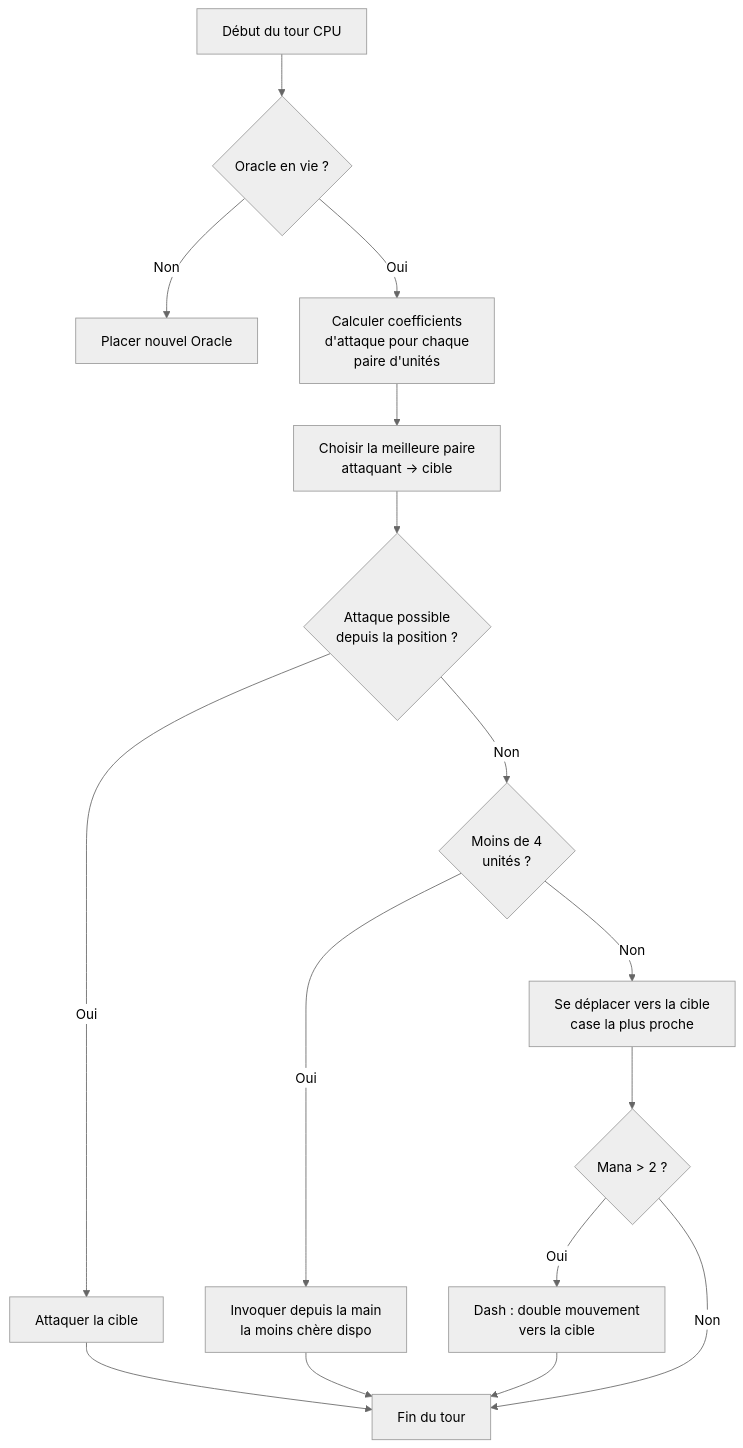
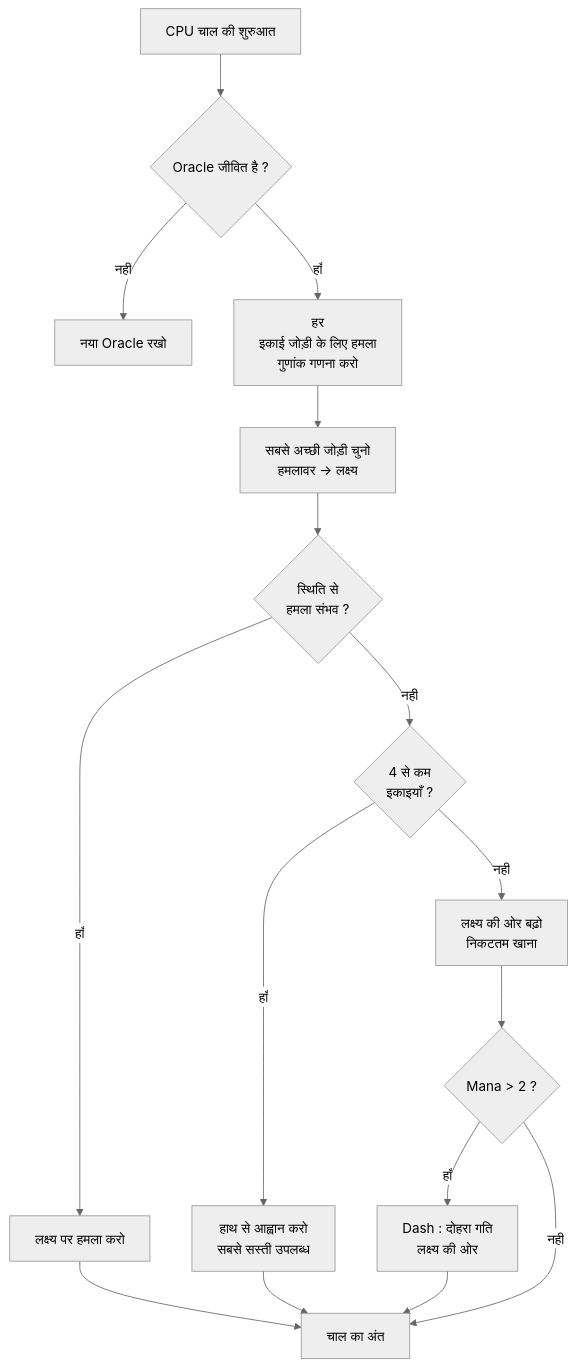
The diagram in public/articles/hi/nausicaa-ai.md (fox3000foxy/fox3000foxy.github.io), drawn with Mermaid (neutral theme) before and after one commit. The commit also changed other lines of this file and 576 other files, not shown here.

````diff
--- a/public/articles/hi/nausicaa-ai.md
+++ b/public/articles/hi/nausicaa-ai.md
@@ -140,18 +139,18 @@
 ```mermaid
 flowchart TD
-    A[Début du tour CPU] --> B{Oracle en vie ?}
-    B -->|Non| C[Placer nouvel Oracle]
-    B -->|Oui| D[Calculer coefficients\nd'attaque pour chaque\npaire d'unités]
-    D --> E[Choisir la meilleure paire\nattaquant → cible]
-    E --> F{Attaque possible\ndepuis la position ?}
-    F -->|Oui| G[Attaquer la cible]
-    F -->|Non| H{Moins de 4\nunités ?}
-    H -->|Oui| I[Invoquer depuis la main\nla moins chère dispo]
-    H -->|Non| J[Se déplacer vers la cible\ncase la plus proche]
+    A[CPU चाल की शुरुआत] --> B{Oracle जीवित है ?}
+    B -->|नहीं| C[नया Oracle रखो]
+    B -->|हाँ| D[हर<br/>इकाई जोड़ी के लिए हमला<br/>गुणांक गणना करो]
+    D --> E[सबसे अच्छी जोड़ी चुनो<br/>हमलावर → लक्ष्य]
+    E --> F{स्थिति से<br/>हमला संभव ?}
+    F -->|हाँ| G[लक्ष्य पर हमला करो]
+    F -->|नहीं| H{4 से कम<br/>इकाइयाँ ?}
+    H -->|हाँ| I[हाथ से आह्वान करो<br/>सबसे सस्ती उपलब्ध]
+    H -->|नहीं| J[लक्ष्य की ओर बढ़ो<br/>निकटतम खाना]
     J --> K{Mana > 2 ?}
-    K -->|Oui| L[Dash : double mouvement\nvers la cible]
-    K -->|Non| M[Fin du tour]
+    K -->|हाँ| L[Dash : दोहरा गति<br/>लक्ष्य की ओर]
+    K -->|नहीं| M[चाल का अंत]
     G --> M
     I --> M
     L --> M
 ```
````
